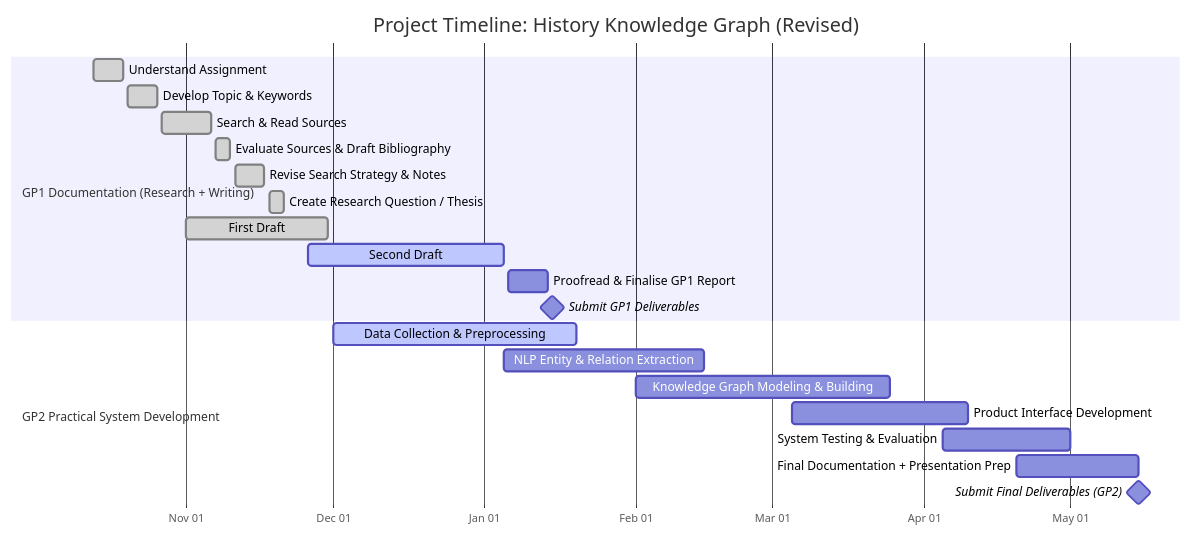
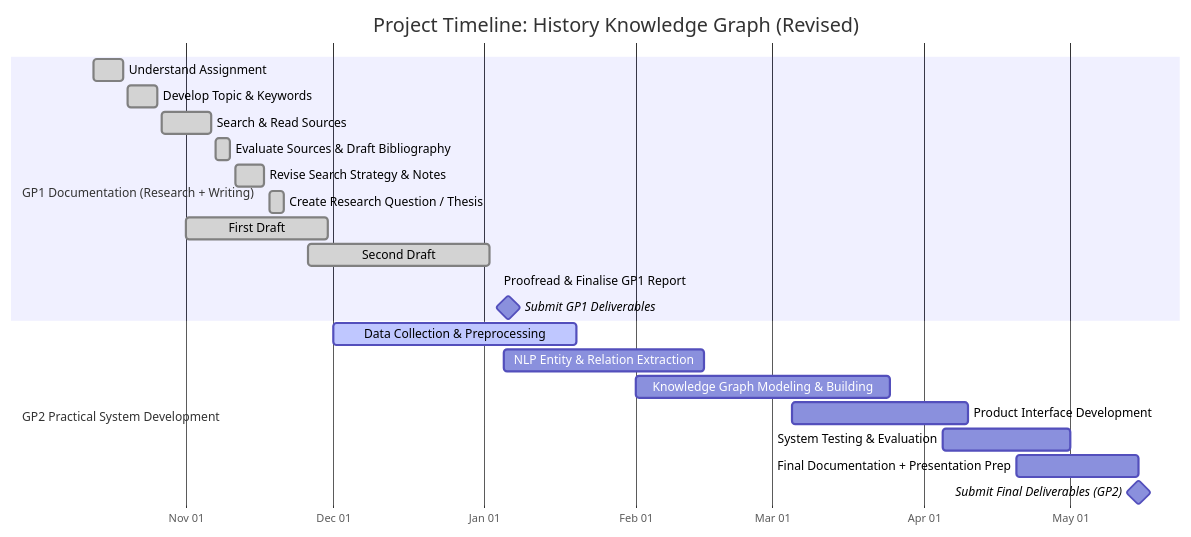
The diagram in README.md (Mohammad-ALADDASI/ChronoLearn), drawn with Mermaid before and after one commit. The commit also changed other lines of this file, not shown here.

````diff
--- a/README.md
+++ b/README.md
@@ -65,34 +65,34 @@
 ```mermaid
 gantt
     title Project Timeline: History Knowledge Graph (Revised)
     dateFormat  YYYY-MM-DD
     axisFormat  %b %d
 
     %% -------------------------
     %% PHASE 1 — GP1 DOCUMENTATION
     %% -------------------------
     section GP1 Documentation (Research + Writing)
     Understand Assignment                     :done, gp1a, 2025-10-13, 2025-10-19
     Develop Topic & Keywords                  :done, gp1b, 2025-10-20, 2025-10-26
     Search & Read Sources                     :done, gp1c, 2025-10-27, 2025-11-06
     Evaluate Sources & Draft Bibliography     :done, gp1d, 2025-11-07, 2025-11-10
     Revise Search Strategy & Notes            :done, gp1e, 2025-11-11, 2025-11-17
     Create Research Question / Thesis         :done, gp1f, 2025-11-18, 2025-11-21
 
     First Draft                               :done, gp1g, 2025-11-01, 2025-11-30
-    Second Draft                              :active, 2025-11-26, 2026-01-05
-    Proofread & Finalise GP1 Report           :gp1i, 2026-01-06, 2026-01-14
-    Submit GP1 Deliverables                   :milestone, gp1m, 2026-01-15, 0d
+    Second Draft                              :done, 2025-11-26, 2026-01-02
+    Proofread & Finalise GP1 Report           :active, 2026-01-04, 2026-01-5
+    Submit GP1 Deliverables                   :milestone, gp1m, 2026-01-06, 0d
 
     %% -------------------------
     %% PHASE 2 — GP2 PRACTICAL WORK (starts before GP1 ends)
     %% -------------------------
     section GP2 Practical System Development
     Data Collection & Preprocessing           :active, gp2a, 2025-12-01, 2026-01-20
     NLP Entity & Relation Extraction          :gp2b, 2026-01-05, 2026-02-15
     Knowledge Graph Modeling & Building       :gp2c, 2026-02-01, 2026-03-25
     Product Interface Development              :gp2d, 2026-03-05, 2026-04-10
     System Testing & Evaluation               :gp2e, 2026-04-05, 2026-05-01
     Final Documentation + Presentation Prep   :gp2f, 2026-04-20, 2026-05-15
     Submit Final Deliverables (GP2)           :milestone, gp2m, 2026-05-15, 0d
 ```
````
